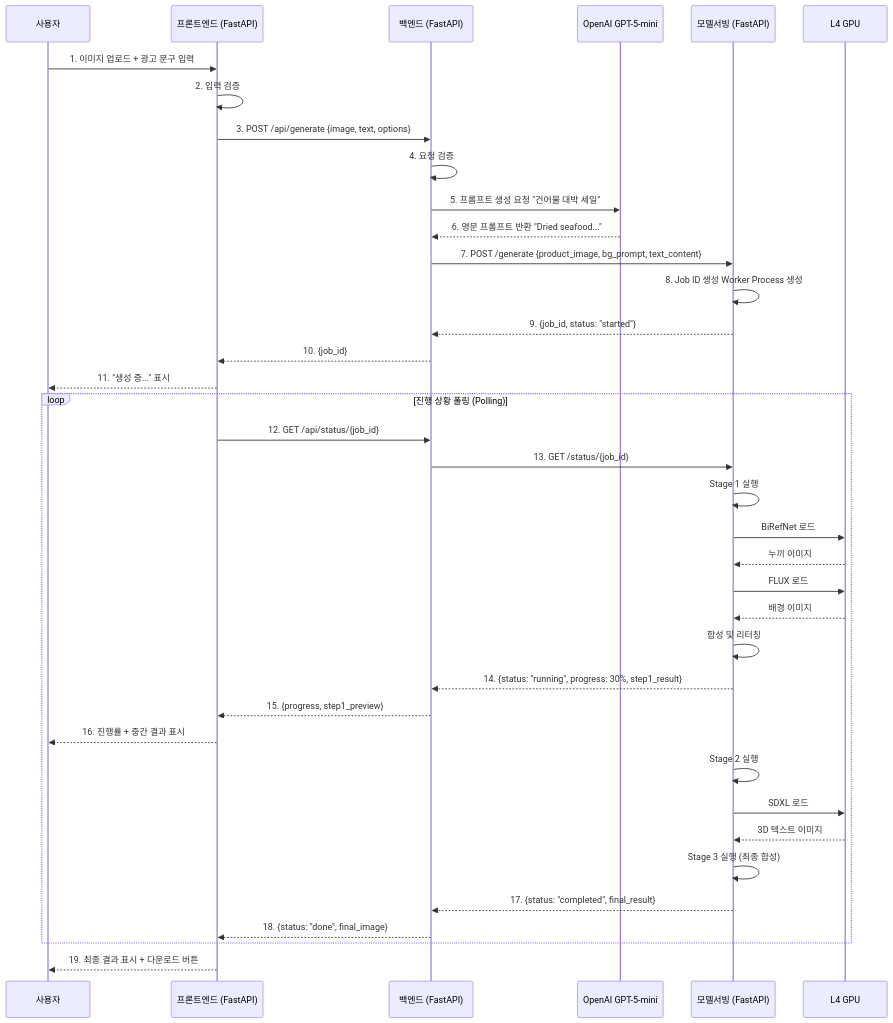
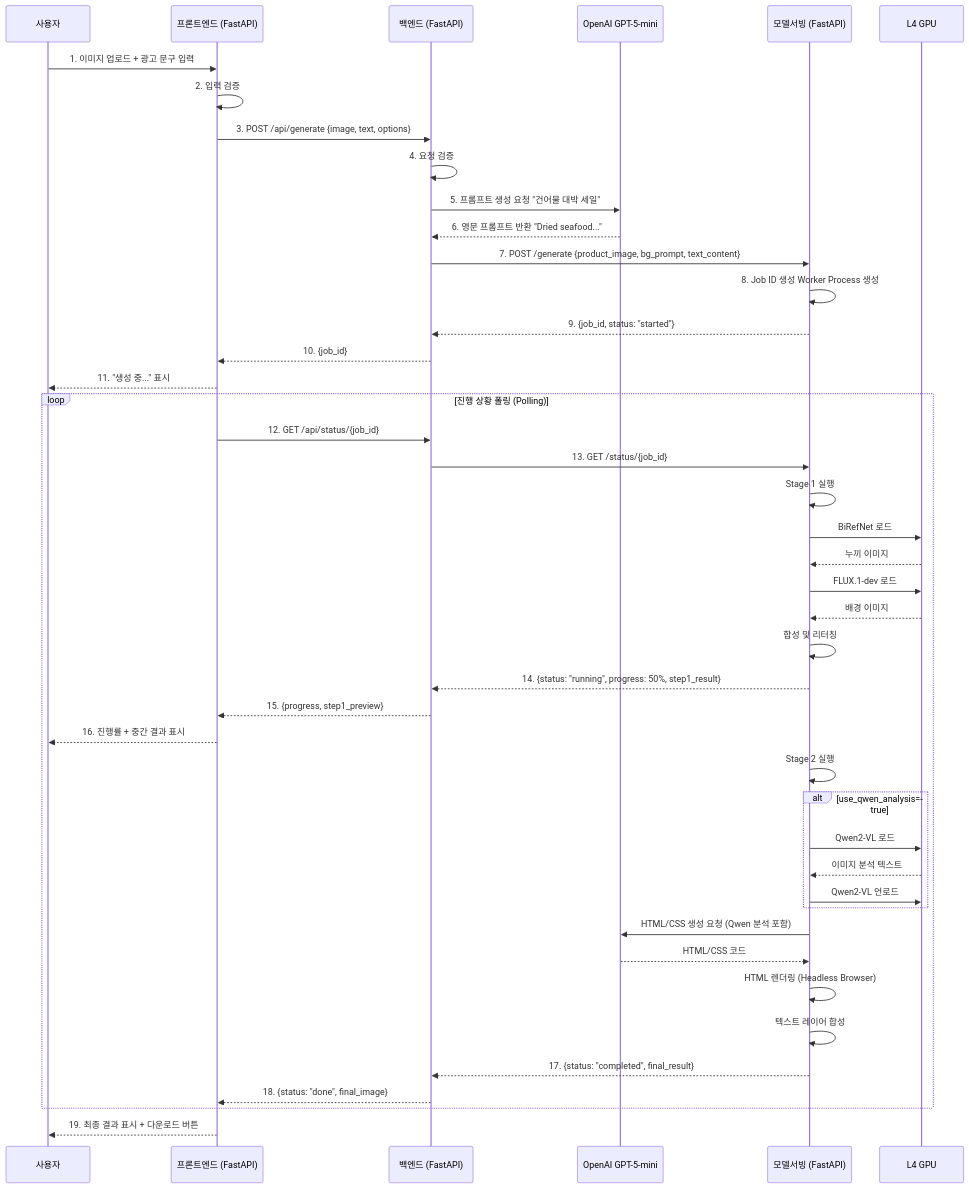
The third of 3 diagrams in docs/index.md (krapnuyij/codeit-ai-3team-ad-content), drawn with Mermaid before and after one commit. The commit also changed other lines of this file and 1 other file, not shown here.

````diff
--- a/docs/index.md
+++ b/docs/index.md
@@ -135,49 +151,57 @@
 ```mermaid
 sequenceDiagram
     participant User as 사용자
     participant FE as 프론트엔드 (FastAPI)
     participant BE as 백엔드 (FastAPI)
     participant LLM as OpenAI GPT-5-mini
     participant MS as 모델서빙 (FastAPI)
     participant GPU as L4 GPU
 
     User->>FE: 1. 이미지 업로드 + 광고 문구 입력
     FE->>FE: 2. 입력 검증
     FE->>BE: 3. POST /api/generate {image, text, options}
 
     BE->>BE: 4. 요청 검증
     BE->>LLM: 5. 프롬프트 생성 요청 "건어물 대박 세일"
     LLM-->>BE: 6. 영문 프롬프트 반환 "Dried seafood..."
 
     BE->>MS: 7. POST /generate {product_image, bg_prompt, text_content}
     MS->>MS: 8. Job ID 생성 Worker Process 생성
     MS-->>BE: 9. {job_id, status: "started"}
     BE-->>FE: 10. {job_id}
     FE-->>User: 11. "생성 중..." 표시
 
     loop 진행 상황 폴링 (Polling)
         FE->>BE: 12. GET /api/status/{job_id}
         BE->>MS: 13. GET /status/{job_id}
 
         MS->>MS: Stage 1 실행
         MS->>GPU: BiRefNet 로드
         GPU-->>MS: 누끼 이미지
-        MS->>GPU: FLUX 로드
+        MS->>GPU: FLUX.1-dev 로드
         GPU-->>MS: 배경 이미지
         MS->>MS: 합성 및 리터칭
 
-        MS-->>BE: 14. {status: "running", progress: 30%, step1_result}
+        MS-->>BE: 14. {status: "running", progress: 50%, step1_result}
         BE-->>FE: 15. {progress, step1_preview}
         FE-->>User: 16. 진행률 + 중간 결과 표시
 
         MS->>MS: Stage 2 실행
-        MS->>GPU: SDXL 로드
-        GPU-->>MS: 3D 텍스트 이미지
+        
+        alt use_qwen_analysis=true
+            MS->>GPU: Qwen2-VL 로드
+            GPU-->>MS: 이미지 분석 텍스트
+            MS->>GPU: Qwen2-VL 언로드
+        end
+        
+        MS->>LLM: HTML/CSS 생성 요청 (Qwen 분석 포함)
+        LLM-->>MS: HTML/CSS 코드
+        MS->>MS: HTML 렌더링 (Headless Browser)
+        MS->>MS: 텍스트 레이어 합성
 
-        MS->>MS: Stage 3 실행 (최종 합성)
         MS-->>BE: 17. {status: "completed", final_result}
         BE-->>FE: 18. {status: "done", final_image}
     end
 
     FE-->>User: 19. 최종 결과 표시 + 다운로드 버튼
 ```
````
